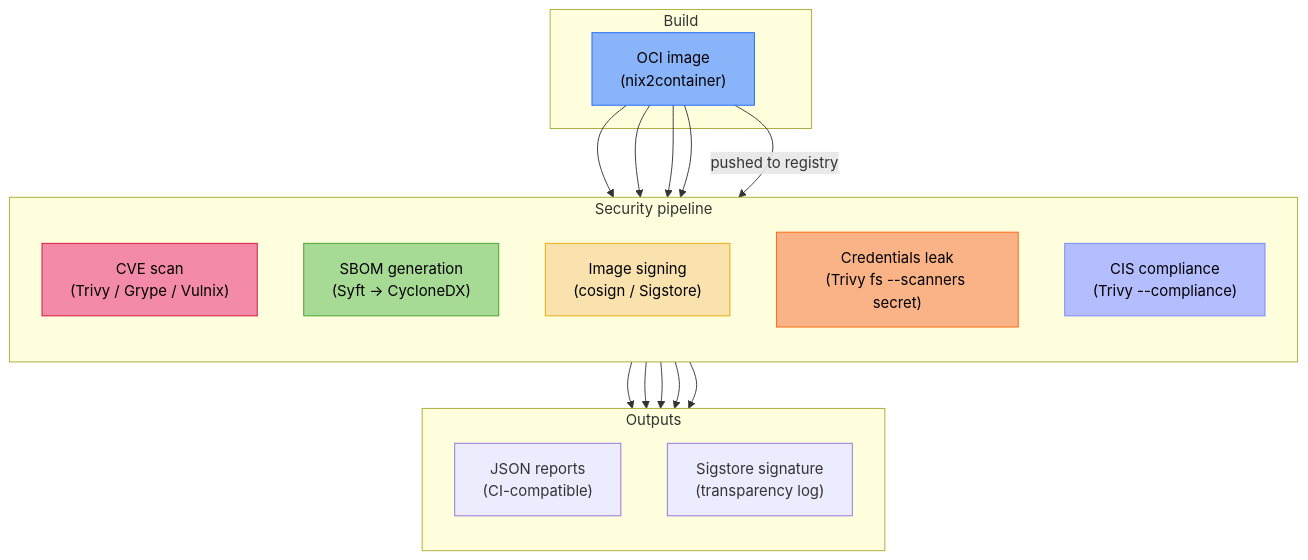
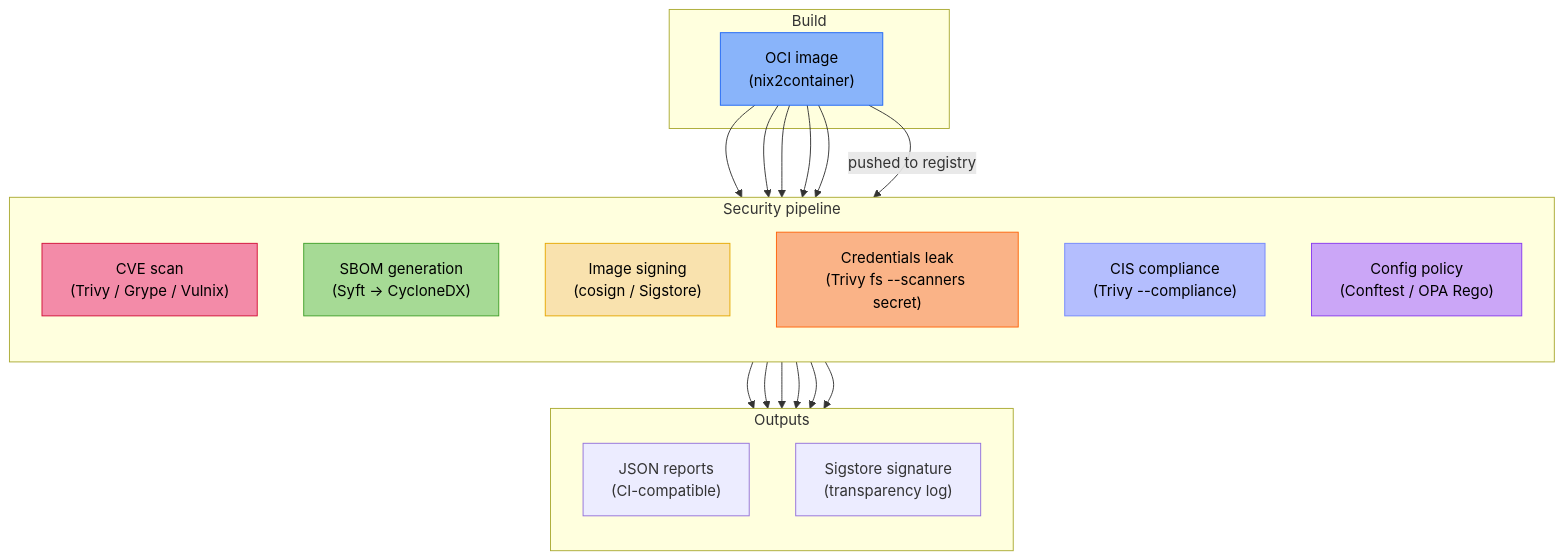
Before and after one commit to Dauliac/nix-oci: the diagram in docs/content/explanation/cve-sbom-integrity.md, drawn with Mermaid. The commit also changed other lines of this file and 22 other files, not shown here.

First line of the commit message:
docs: improve docs site styling, diagrams, and writing quality

````diff
--- a/docs/content/explanation/cve-sbom-integrity.md
+++ b/docs/content/explanation/cve-sbom-integrity.md
@@ -30,31 +30,33 @@
 ```mermaid
 flowchart TD
     subgraph "Build"
         OCI["OCI image<br/>(nix2container)"]
     end
     subgraph "Security pipeline"
         direction TB
         CVE["CVE scan<br/>(Trivy / Grype / Vulnix)"]
         SBOM["SBOM generation<br/>(Syft → CycloneDX)"]
         SIGN["Image signing<br/>(cosign / Sigstore)"]
         CREDS["Credentials leak<br/>(Trivy fs --scanners secret)"]
         CIS["CIS compliance<br/>(Trivy --compliance)"]
+        POLICY["Config policy<br/>(Conftest / OPA Rego)"]
     end
     subgraph "Outputs"
         direction TB
         REPORT["JSON reports<br/>(CI-compatible)"]
         SIG["Sigstore signature<br/>(transparency log)"]
     end
 
-    OCI --> CVE & SBOM & CREDS & CIS
+    OCI --> CVE & SBOM & CREDS & CIS & POLICY
     OCI -->|"pushed to registry"| SIGN
-    CVE & SBOM & CREDS & CIS --> REPORT
+    CVE & SBOM & CREDS & CIS & POLICY --> REPORT
     SIGN --> SIG
 
     style OCI fill:#89b4fa,stroke:#1e66f5,color:#000
     style CVE fill:#f38ba8,stroke:#d20f39,color:#000
     style SBOM fill:#a6da95,stroke:#40a02b,color:#000
     style SIGN fill:#f9e2ae,stroke:#e6a800,color:#000
     style CREDS fill:#fab387,stroke:#fe640b,color:#000
     style CIS fill:#b4befe,stroke:#7287fd,color:#000
+    style POLICY fill:#cba6f7,stroke:#8839ef,color:#000
 ```
````
